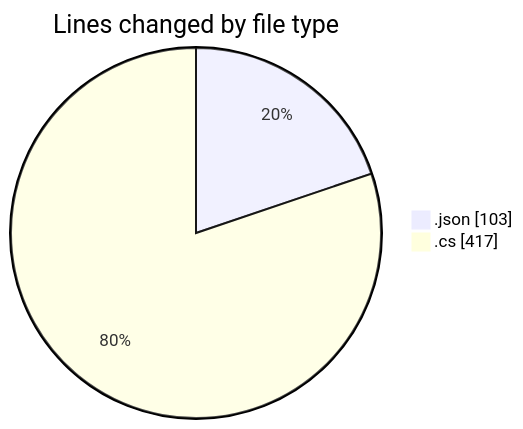
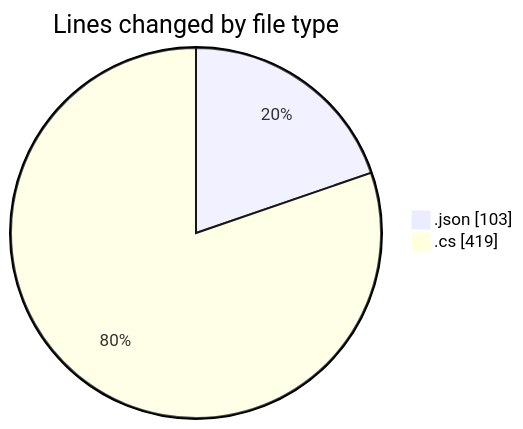
One commit to Netris89/code-tracking changed the first of 2 diagrams in 2025-03-20/back-end/README.md. Above: the diagram before and after it, drawn with Mermaid. The commit also changed other lines of this file and 1 other file, not shown here.

````diff
--- a/2025-03-20/back-end/README.md
+++ b/2025-03-20/back-end/README.md
@@ -23,6 +23,6 @@
 ```mermaid
 pie showData
 title Lines changed by file type
 ".json" : 103
-".cs" : 417
+".cs" : 419
 ```
````
